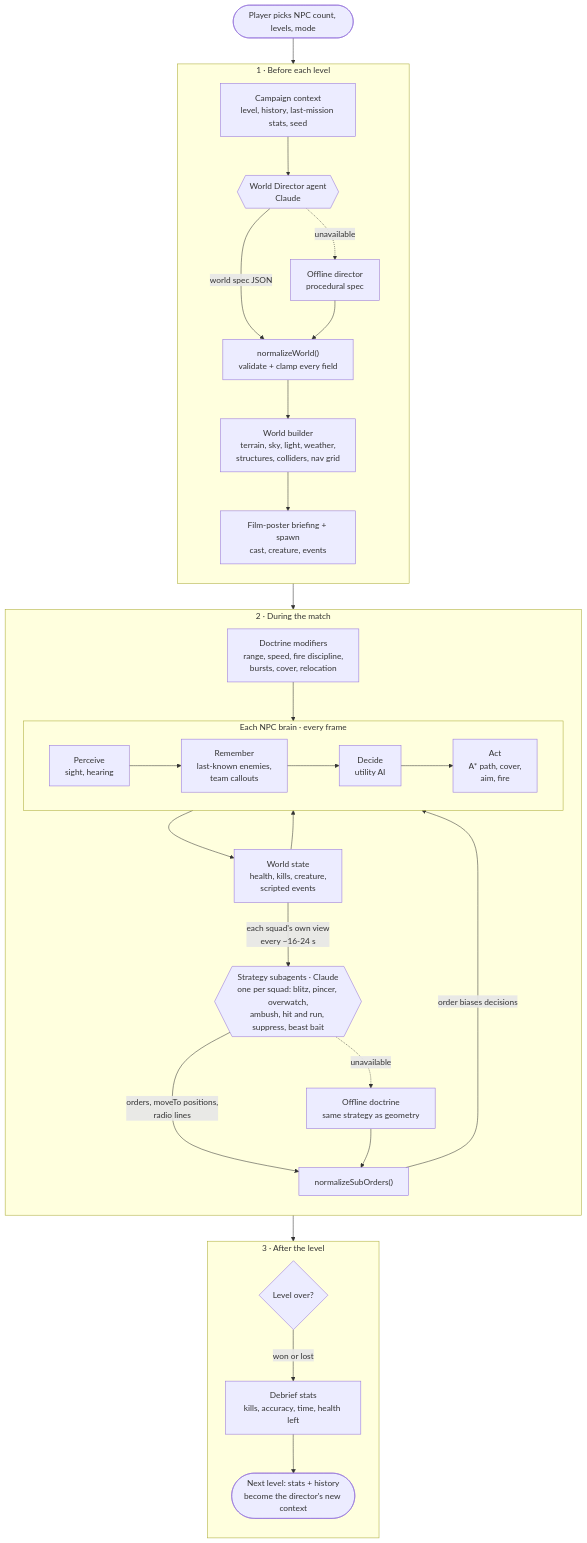
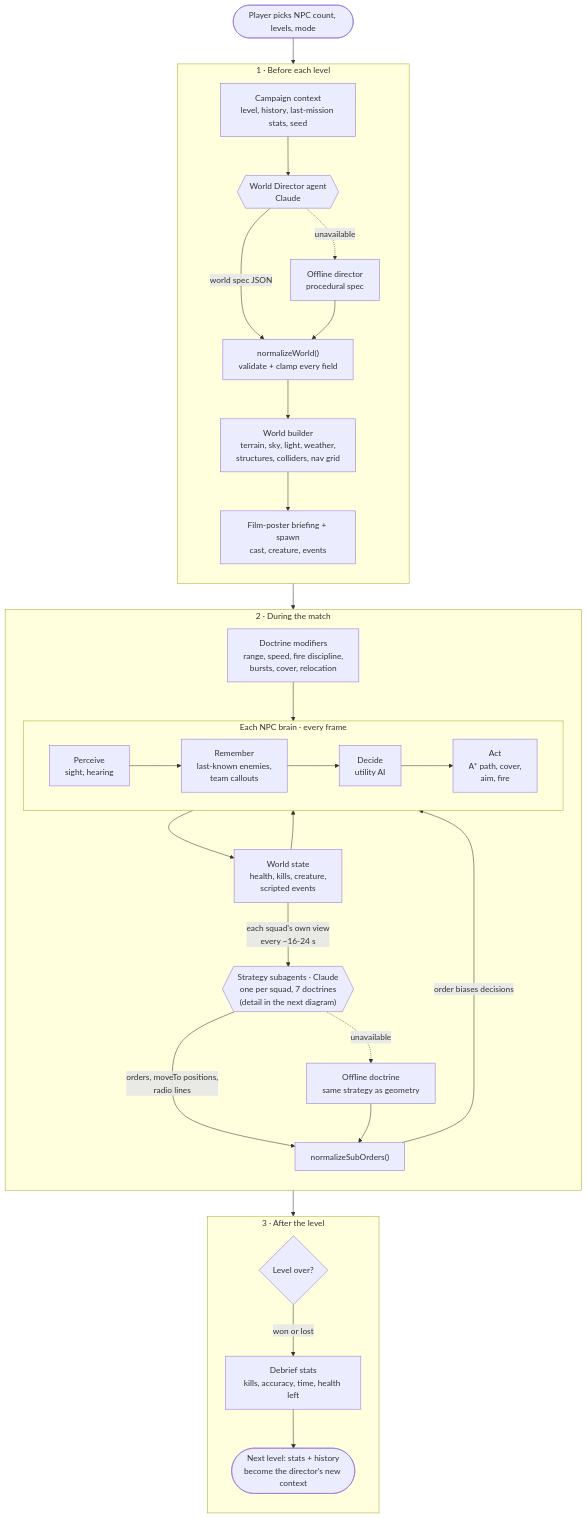
Before and after one commit to jyothishankit/agentic-ai-world-builder: the first of 3 diagrams in README.md, drawn with Mermaid. The commit also changed other lines of this file, not shown here.

First line of the commit message:
Show strategy subagents in the README diagrams

````diff
--- a/README.md
+++ b/README.md
@@ -37,37 +37,37 @@
 ```mermaid
 flowchart TB
     START(["Player picks NPC count, levels, mode"]) --> CTX
 
     subgraph PRE["1 · Before each level"]
         direction TB
         CTX["Campaign context<br/>level, history, last-mission stats, seed"] --> DIR{{"World Director agent<br/>Claude"}}
         DIR -->|world spec JSON| NW["normalizeWorld()<br/>validate + clamp every field"]
         DIR -. unavailable .-> OFF1["Offline director<br/>procedural spec"] --> NW
         NW --> WB["World builder<br/>terrain, sky, light, weather,<br/>structures, colliders, nav grid"]
         WB --> POS["Film-poster briefing + spawn<br/>cast, creature, events"]
     end
 
     POS --> PER
 
     subgraph MATCH["2 · During the match"]
         direction TB
         subgraph BRAIN["Each NPC brain · every frame"]
             direction LR
             PER["Perceive<br/>sight, hearing"] --> MEM["Remember<br/>last-known enemies,<br/>team callouts"] --> DEC["Decide<br/>utility AI"] --> ACT["Act<br/>A* path, cover,<br/>aim, fire"]
         end
         ACT --> WS["World state<br/>health, kills, creature,<br/>scripted events"]
         WS --> PER
-        WS -->|"each squad's own view<br/>every ~16-24 s"| SUB{{"Strategy subagents · Claude<br/>one per squad: blitz, pincer, overwatch,<br/>ambush, hit and run, suppress, beast bait"}}
+        WS -->|"each squad's own view<br/>every ~16-24 s"| SUB{{"Strategy subagents · Claude<br/>one per squad, 7 doctrines<br/>(detail in the next diagram)"}}
         SUB -->|"orders, moveTo positions,<br/>radio lines"| NO["normalizeSubOrders()"]
         SUB -. unavailable .-> OFF2["Offline doctrine<br/>same strategy as geometry"] --> NO
         NO -->|order biases decisions| DEC
         DOC["Doctrine modifiers<br/>range, speed, fire discipline,<br/>bursts, cover, relocation"] --> DEC
     end
 
     WS --> END{"Level over?"}
     subgraph POST["3 · After the level"]
         direction TB
         END -->|won or lost| STATS["Debrief stats<br/>kills, accuracy, time, health left"]
         STATS --> NEXT(["Next level: stats + history<br/>become the director's new context"])
     end
 ```
````
